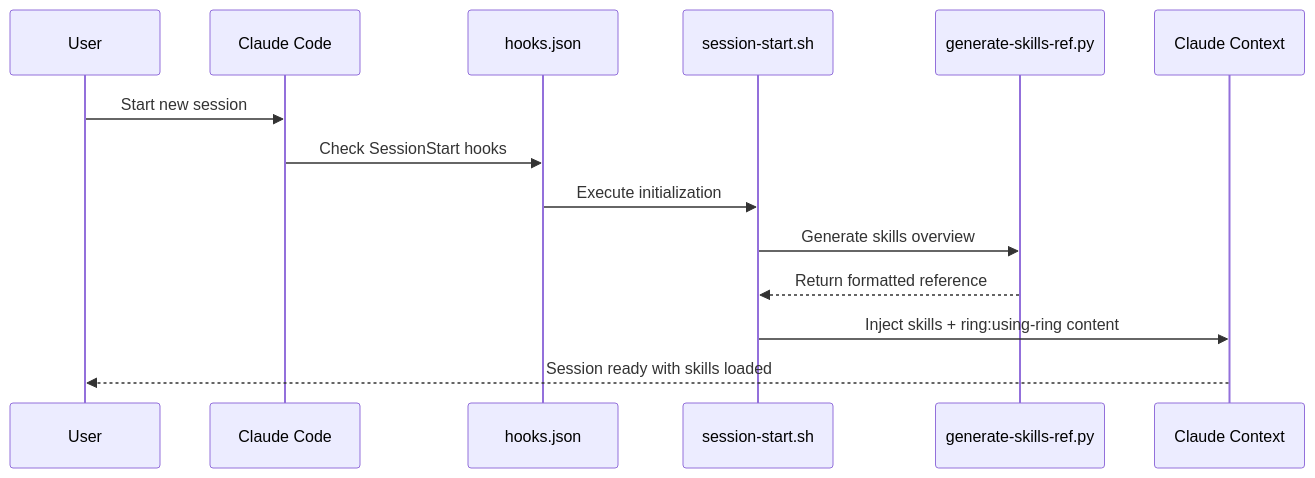
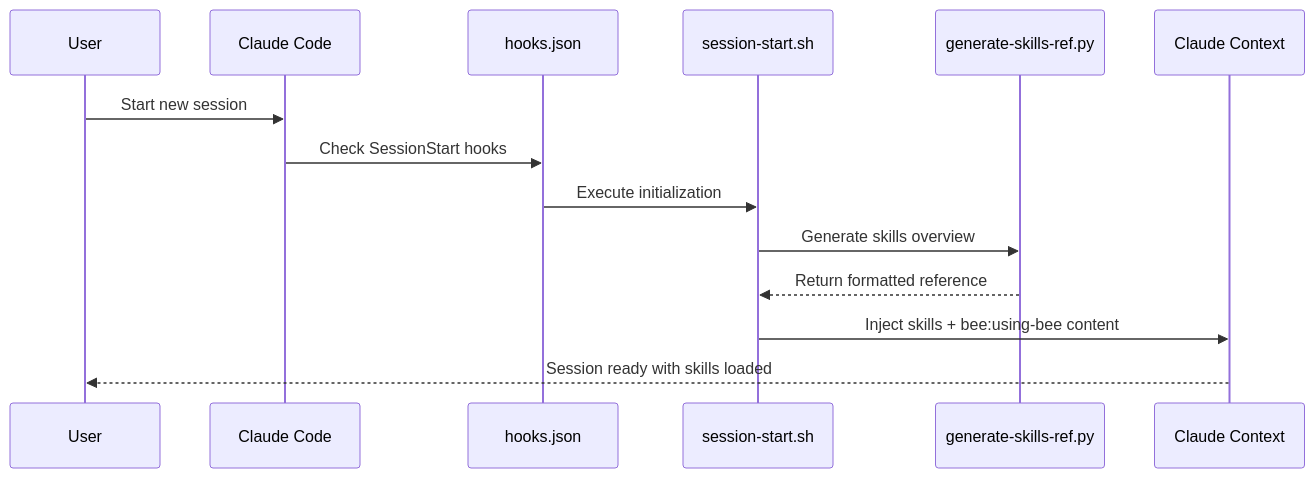
The first of 3 diagrams in ARCHITECTURE.md (luanrodrigues/ia-frmwrk), drawn with Mermaid before and after one commit. The commit also changed other lines of this file and 262 other files, not shown here.

````diff
--- a/ARCHITECTURE.md
+++ b/ARCHITECTURE.md
@@ -389,17 +389,17 @@
 ```mermaid
 sequenceDiagram
     participant User
     participant Claude Code
     participant hooks.json
     participant session-start.sh
     participant generate-skills-ref.py
     participant Claude Context
 
     User->>Claude Code: Start new session
     Claude Code->>hooks.json: Check SessionStart hooks
     hooks.json->>session-start.sh: Execute initialization
     session-start.sh->>generate-skills-ref.py: Generate skills overview
     generate-skills-ref.py-->>session-start.sh: Return formatted reference
-    session-start.sh->>Claude Context: Inject skills + ring:using-ring content
+    session-start.sh->>Claude Context: Inject skills + bee:using-bee content
     Claude Context-->>User: Session ready with skills loaded
 ```
````
